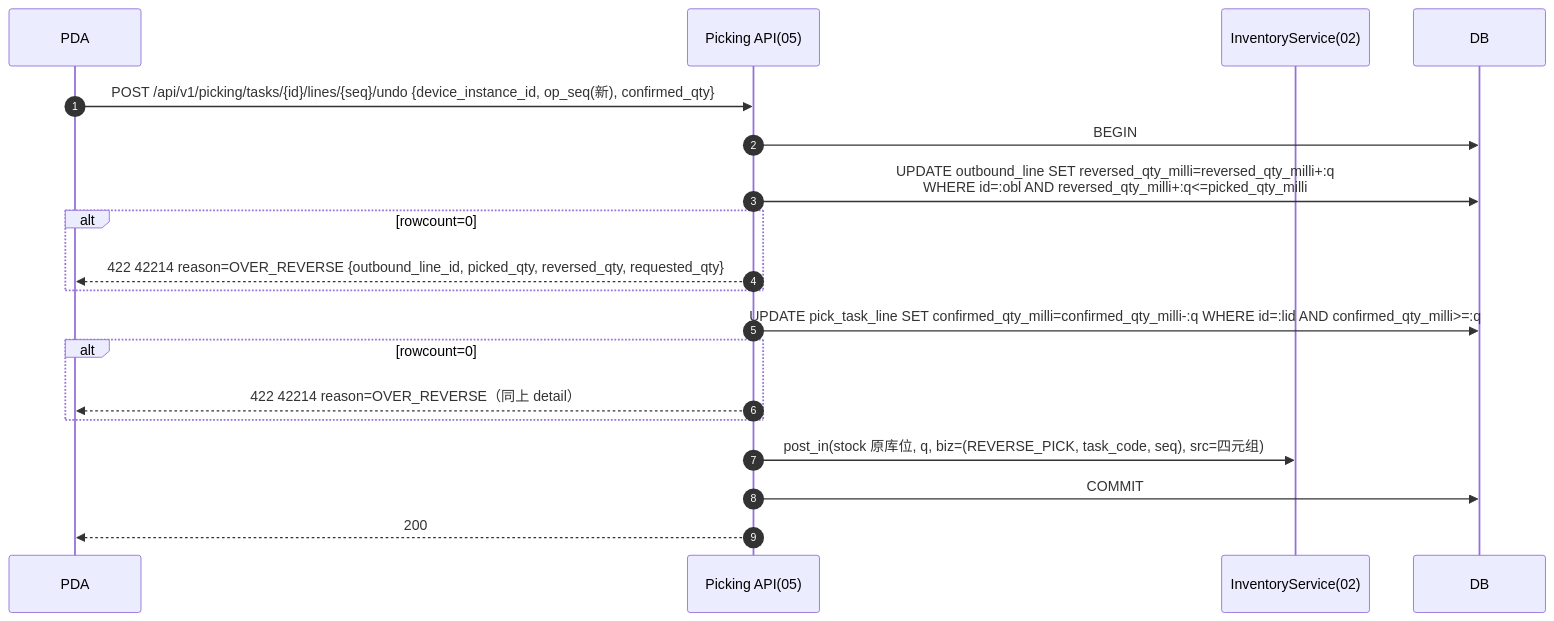
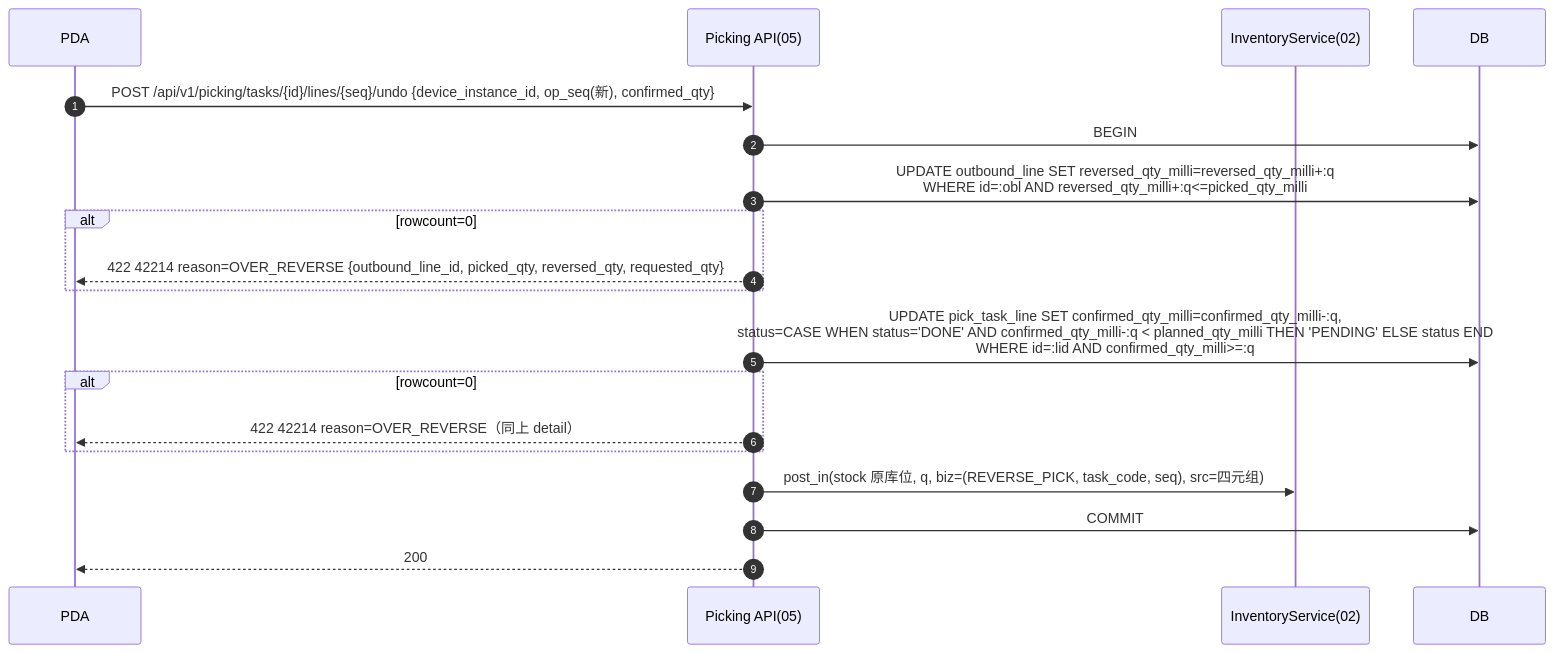
Before and after one commit to Akarin7784/fresh-wms: the seventh of 7 diagrams in docs/05-波次与拣货.md, drawn with Mermaid. The commit also changed other lines of this file and 4 other files, not shown here.

````diff
--- a/docs/05-波次与拣货.md
+++ b/docs/05-波次与拣货.md
@@ -422,21 +426,21 @@
 ```mermaid
 sequenceDiagram
   autonumber
   participant PDA
   participant API as Picking API(05)
   participant INV as InventoryService(02)
   participant DB
   PDA->>API: POST /api/v1/picking/tasks/{id}/lines/{seq}/undo {device_instance_id, op_seq(新), confirmed_qty}
   API->>DB: BEGIN
   API->>DB: UPDATE outbound_line SET reversed_qty_milli=reversed_qty_milli+:q<br/>WHERE id=:obl AND reversed_qty_milli+:q<=picked_qty_milli
   alt rowcount=0
     API-->>PDA: 422 42214 reason=OVER_REVERSE {outbound_line_id, picked_qty, reversed_qty, requested_qty}
   end
-  API->>DB: UPDATE pick_task_line SET confirmed_qty_milli=confirmed_qty_milli-:q WHERE id=:lid AND confirmed_qty_milli>=:q
+  API->>DB: UPDATE pick_task_line SET confirmed_qty_milli=confirmed_qty_milli-:q,<br/>status=CASE WHEN status='DONE' AND confirmed_qty_milli-:q < planned_qty_milli THEN 'PENDING' ELSE status END<br/>WHERE id=:lid AND confirmed_qty_milli>=:q
   alt rowcount=0
     API-->>PDA: 422 42214 reason=OVER_REVERSE（同上 detail）
   end
   API->>INV: post_in(stock 原库位, q, biz=(REVERSE_PICK, task_code, seq), src=四元组)
   API->>DB: COMMIT
   API-->>PDA: 200
 ```
````
